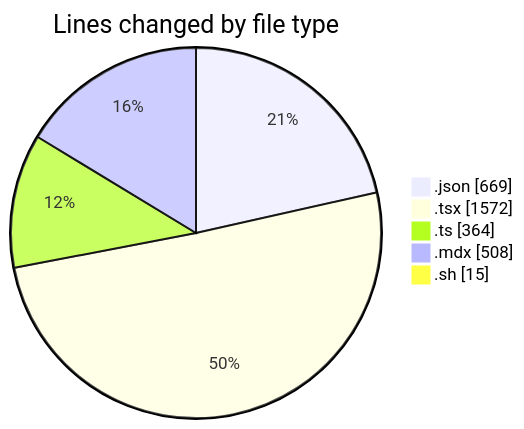
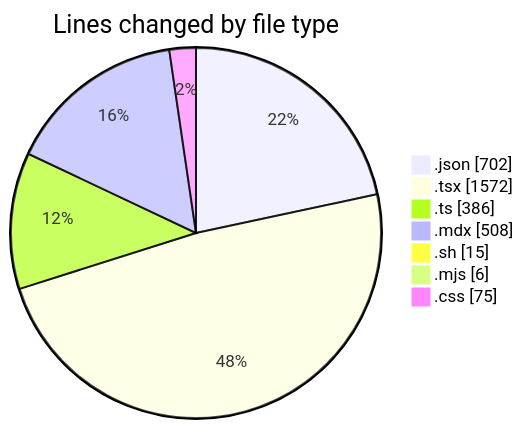
Before and after one commit to Elitesun/code-tracking: the first of 2 diagrams in 2025-05-01/niten/README.md, drawn with Mermaid. The commit also changed other lines of this file and 1 other file, not shown here.

````diff
--- a/2025-05-01/niten/README.md
+++ b/2025-05-01/niten/README.md
@@ -54,9 +57,11 @@
 ```mermaid
 pie showData
 title Lines changed by file type
-".json" : 669
+".json" : 702
 ".tsx" : 1572
-".ts" : 364
+".ts" : 386
 ".mdx" : 508
 ".sh" : 15
+".mjs" : 6
+".css" : 75
 ```
````
